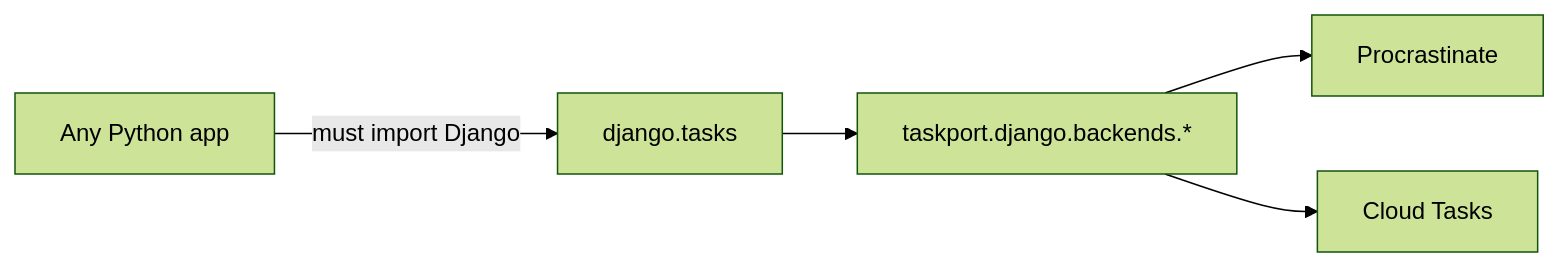
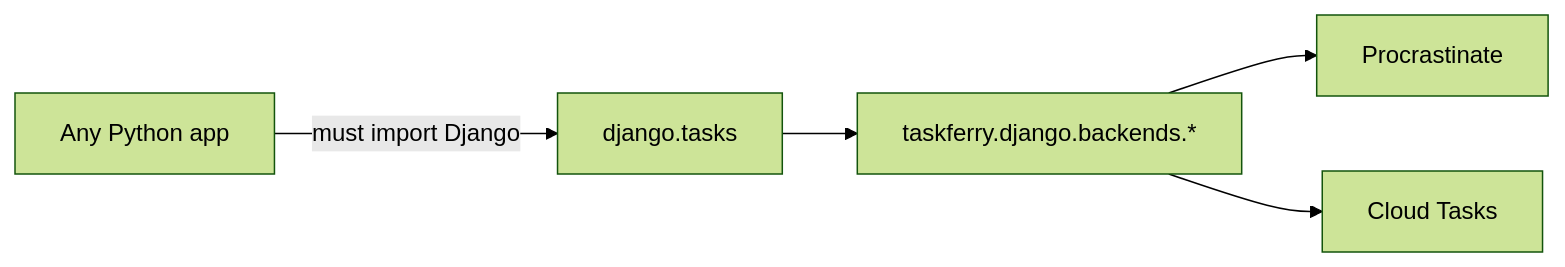
One commit to xiidigital/taskferry changed the second of 7 diagrams in docs/architecture/refactor-2026.md. Above: the diagram before and after it, drawn with Mermaid (forest theme). The commit also changed other lines of this file and 424 other files, not shown here.

First line of the commit message:
refactor: rebrand taskport to taskferry across all distributions

````diff
--- a/docs/architecture/refactor-2026.md
+++ b/docs/architecture/refactor-2026.md
@@ -57,11 +57,11 @@
 ```mermaid
 flowchart LR
     APP["Any Python app"]
     DJ["django.tasks"]
-    TPD["taskport.django.backends.*"]
+    TPD["taskferry.django.backends.*"]
     PRO["Procrastinate"]
     CT["Cloud Tasks"]
 
     APP -->|"must import Django"| DJ --> TPD --> PRO
     TPD --> CT
 ```
````
